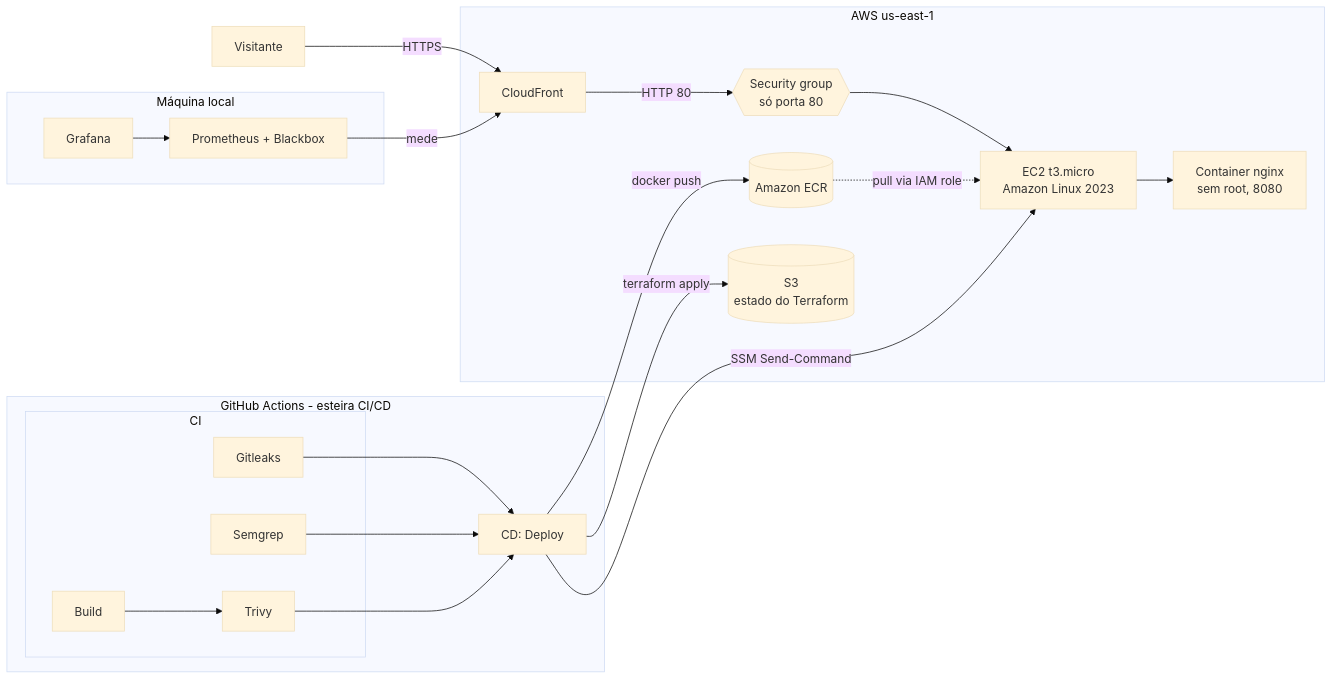
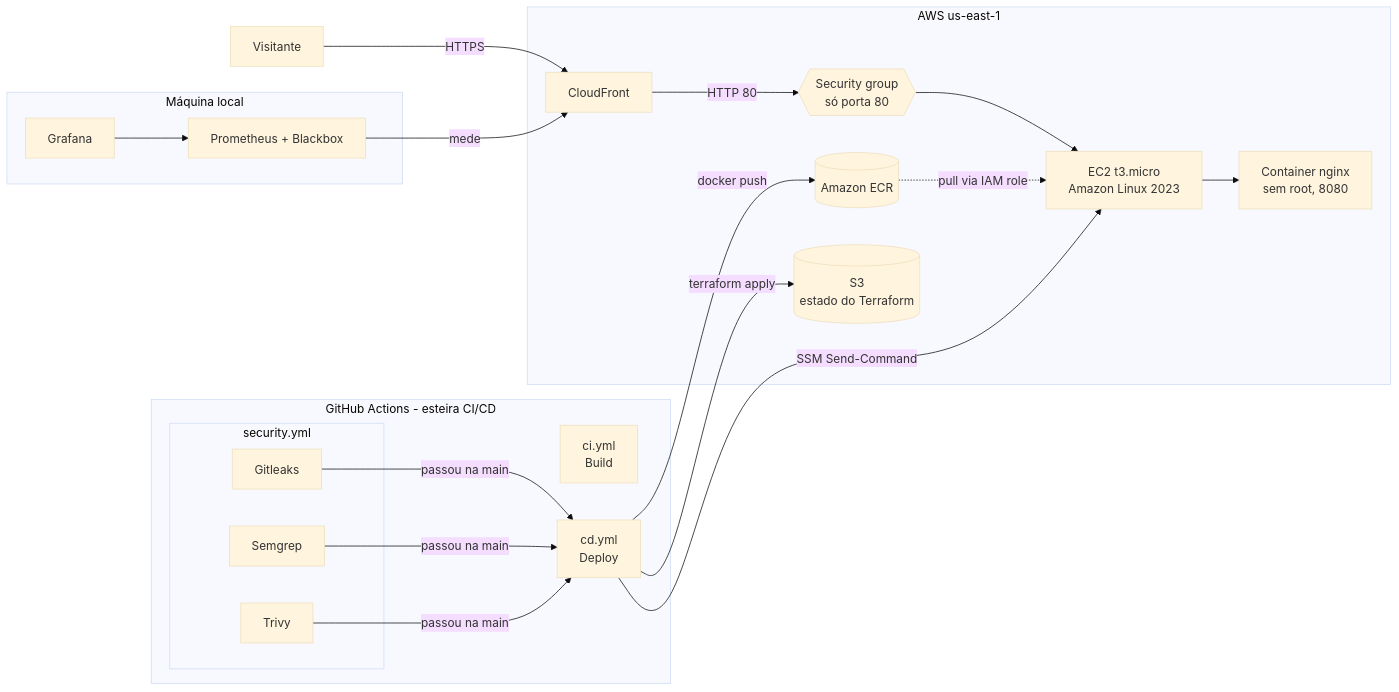
Before and after one commit to kaikyalvaro1708/inclui-gs: the diagram in README.md, drawn with Mermaid (base theme). The commit also changed other lines of this file and 3 other files, not shown here.

First line of the commit message:
Separa a esteira em ci.yml, security.yml e cd.yml

````diff
--- a/README.md
+++ b/README.md
@@ -28,26 +28,27 @@
 ```mermaid
 flowchart LR
     V[Visitante] -- HTTPS --> CF[CloudFront]
     subgraph AWS us-east-1
         CF -- HTTP 80 --> SG{{Security group<br/>só porta 80}}
         SG --> EC2[EC2 t3.micro<br/>Amazon Linux 2023]
         EC2 --> C[Container nginx<br/>sem root, 8080]
         ECR[(Amazon ECR)] -. pull via IAM role .-> EC2
         S3[(S3<br/>estado do Terraform)]
     end
     subgraph "GitHub Actions - esteira CI/CD"
-        subgraph CI
-            B[Build] --> T[Trivy]
+        CI[ci.yml<br/>Build]
+        subgraph security.yml
             GL[Gitleaks]
             SG2[Semgrep]
+            T[Trivy]
         end
-        GL & SG2 & T --> D[CD: Deploy]
+        GL & SG2 & T -- passou na main --> D[cd.yml<br/>Deploy]
     end
     D -- terraform apply --> S3
     D -- docker push --> ECR
     D -- SSM Send-Command --> EC2
     subgraph Máquina local
         P[Prometheus + Blackbox] -- mede --> CF
         G[Grafana] --> P
     end
 ```
````
